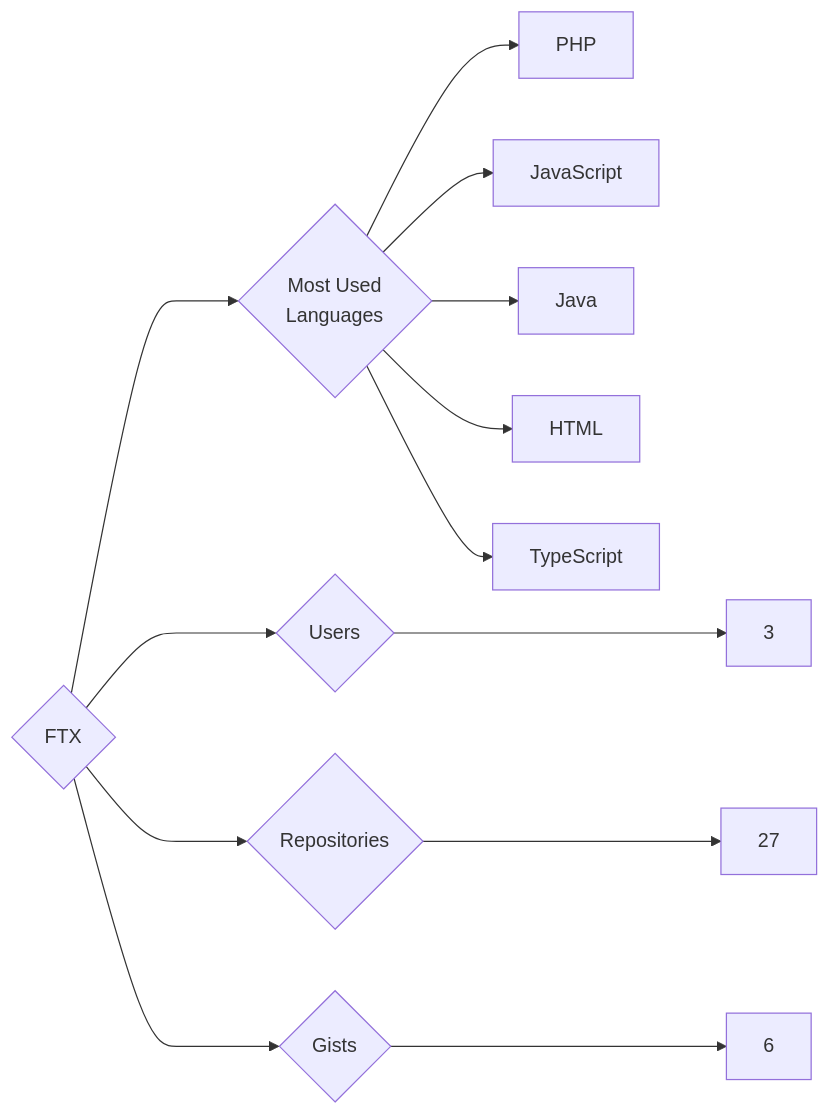
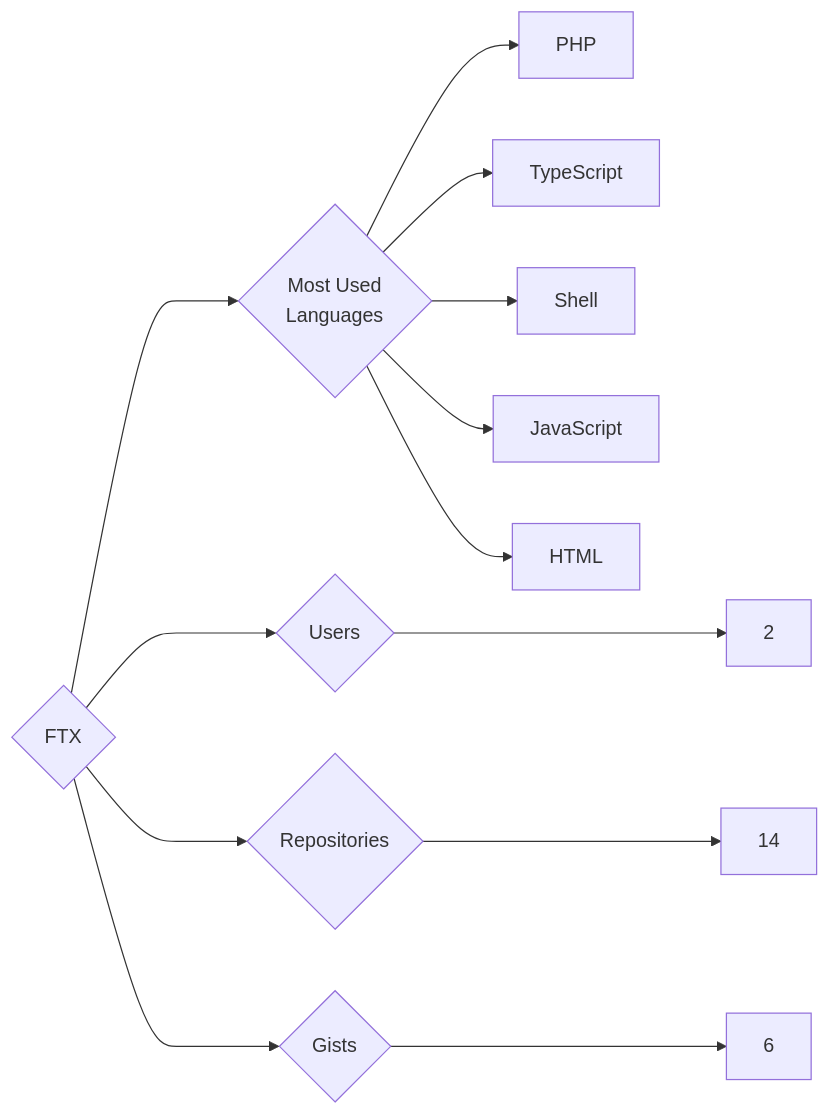
One commit to trickest/insiders changed the diagram in targets/FTX/README.md. Above: the diagram before and after it, drawn with Mermaid. The commit also changed 873 other files, not shown here.

````diff
--- a/targets/FTX/README.md
+++ b/targets/FTX/README.md
@@ -3,13 +3,13 @@
 ```mermaid
 graph LR
 COMPANY_NAME{FTX}
-COMPANY_NAME ---> U{Users} ---> UN[3]
-COMPANY_NAME ---> R{Repositories} ---> RN[27]
+COMPANY_NAME ---> U{Users} ---> UN[2]
+COMPANY_NAME ---> R{Repositories} ---> RN[14]
 COMPANY_NAME ---> G{Gists} ---> GN[6]
 COMPANY_NAME ---> ML{Most Used<br>Languages}
 ML --> PHP[PHP]
+ML --> TypeScript[TypeScript]
+ML --> Shell[Shell]
 ML --> JavaScript[JavaScript]
-ML --> Java[Java]
 ML --> HTML[HTML]
-ML --> TypeScript[TypeScript]
 ```
````
